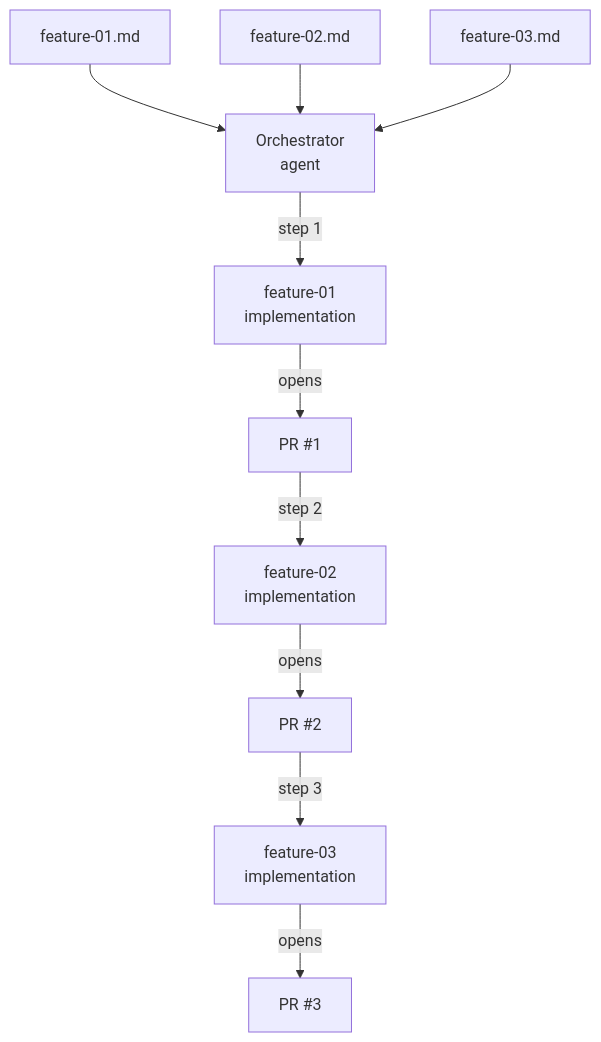
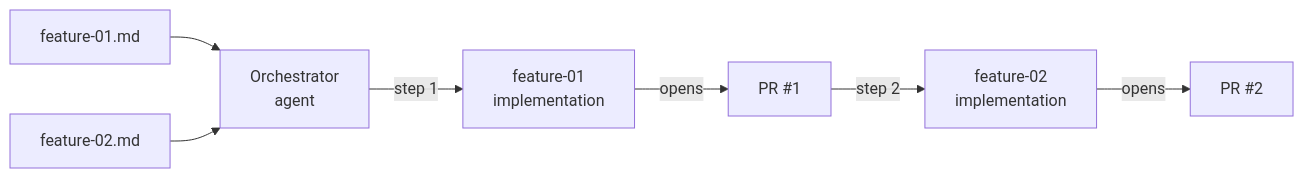
The fourth of 6 diagrams in content/blog/multi-agents-with-claude-code-full.mdx (IaC-Toolbox/iac-toolbox-project-docs), drawn with Mermaid before and after one commit. The commit also changed 6 other files, not shown here.

````diff
--- a/content/blog/multi-agents-with-claude-code-full.mdx
+++ b/content/blog/multi-agents-with-claude-code-full.mdx
@@ -111,12 +111,9 @@
 ```mermaid
-flowchart TD
+flowchart LR
     F1[feature-01.md] --> ORCH[Orchestrator\nagent]
     F2[feature-02.md] --> ORCH
-    F3[feature-03.md] --> ORCH
     ORCH -- step 1 --> A1[feature-01\nimplementation]
     A1 -- opens --> PR1[PR #1]
     PR1 -- step 2 --> A2[feature-02\nimplementation]
     A2 -- opens --> PR2[PR #2]
-    PR2 -- step 3 --> A3[feature-03\nimplementation]
-    A3 -- opens --> PR3[PR #3]
 ```
````
